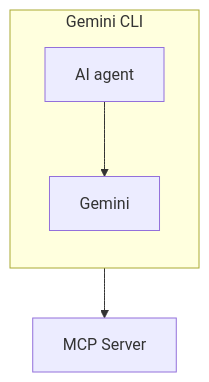
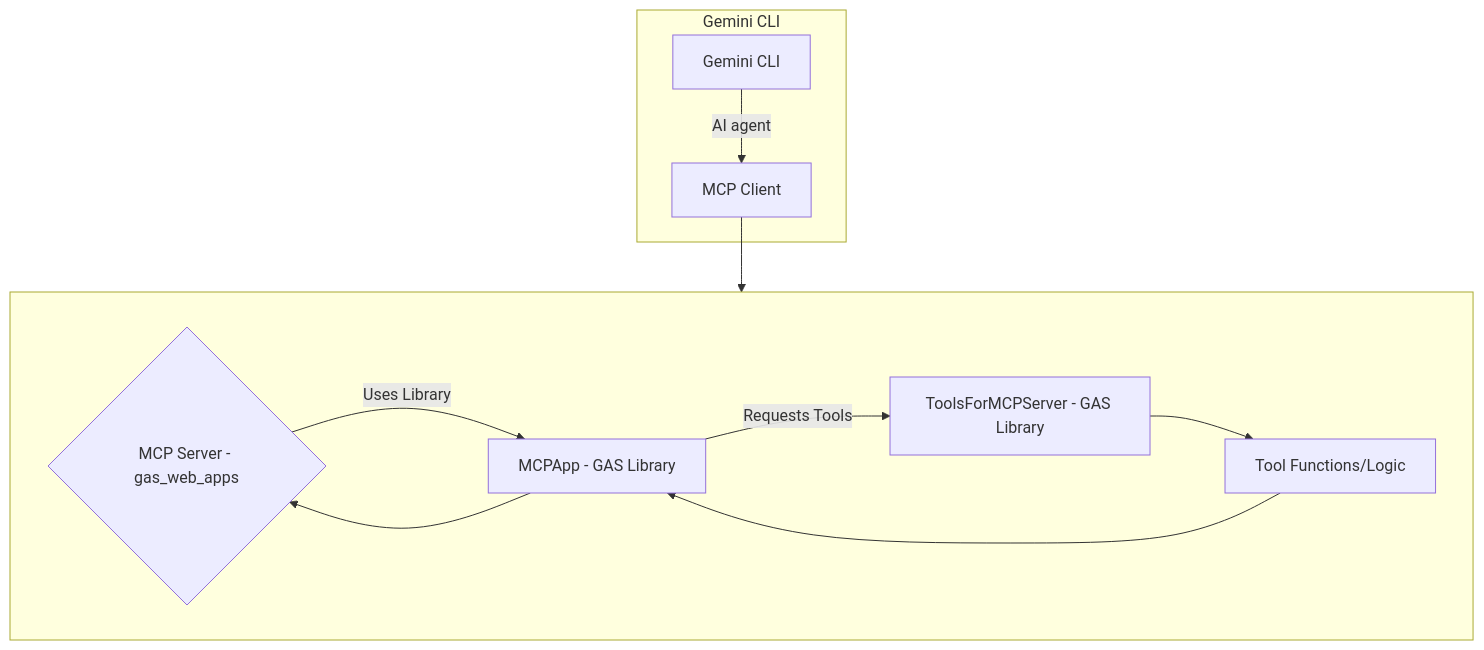
Before and after one commit to tanaikech/taking-advantage-of-Web-Apps-with-google-apps-script: the sixth of 8 diagrams in README.md, drawn with Mermaid.

````diff
--- a/README.md
+++ b/README.md
@@ -3217,8 +3217,17 @@
 ```mermaid
-flowchart TD
-    subgraph AA[Gemini CLI]
-        direction TB
-        AI[AI agent] --> Gemini
+graph TD
+    subgraph Gemini CLI
+        C[Gemini CLI];
+        C --> |AI agent| D[MCP Client];
     end
-    Gemini --> A[MCP Server]
+
+    subgraph Google Apps Script Web Apps[ ]
+        direction LR
+        D --> E{MCP Server - gas_web_apps};
+        E --> |Uses Library| F[MCPApp - GAS Library];
+        F --> |Requests Tools| G[ToolsForMCPServer - GAS Library];
+        G --> H[Tool Functions/Logic];
+        H --> F;
+        F --> E;
+    end
 ```
````
